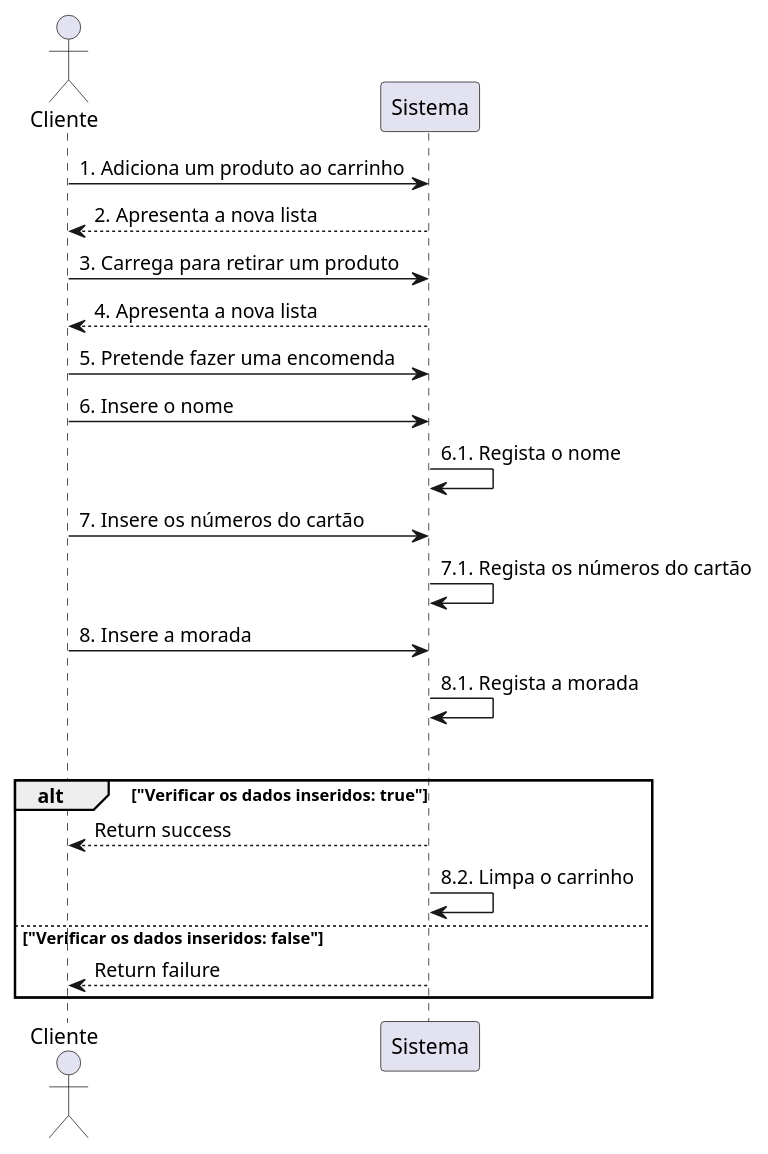
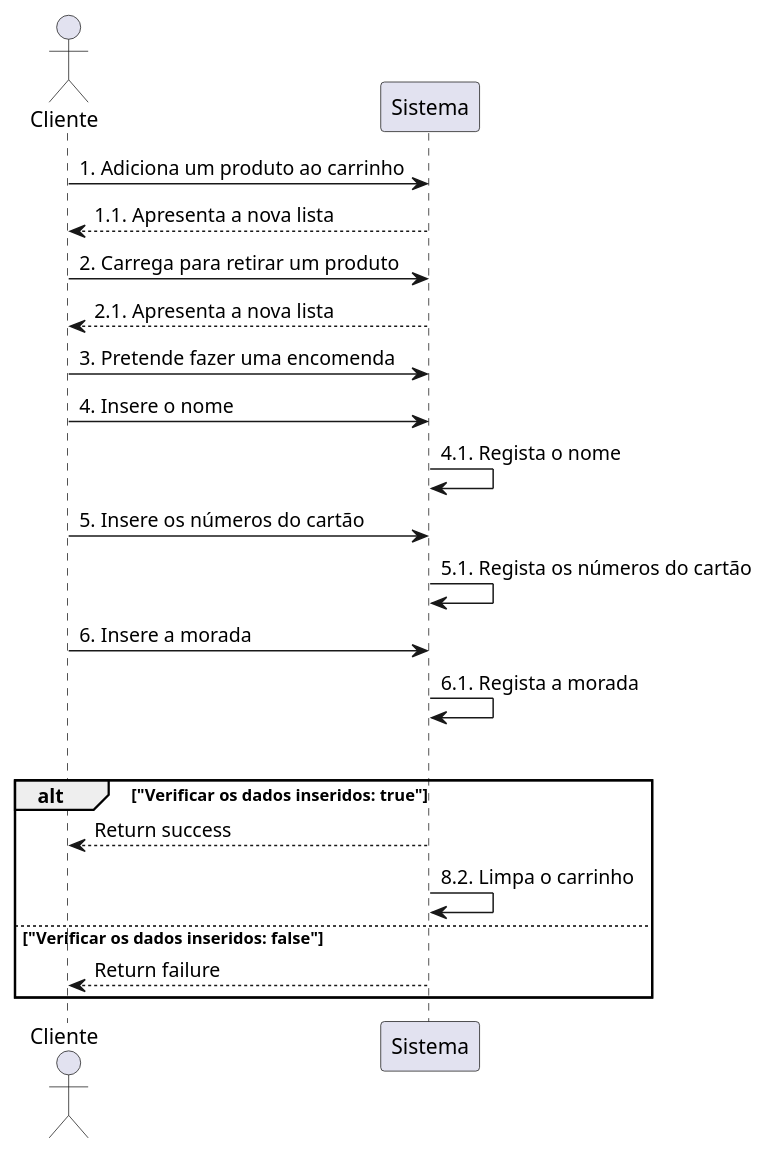
Before and after one commit to Fernandowgp/fsoft2024_1DC_3: the diagram in FirstProject/UC Clientes/UC3-Cliente-CarrinhoEncomendaUML.puml, drawn with PlantUML. The commit also changed 5 other files, not shown here.

```diff
--- a/FirstProject/UC Clientes/UC3-Cliente-CarrinhoEncomendaUML.puml
+++ b/FirstProject/UC Clientes/UC3-Cliente-CarrinhoEncomendaUML.puml
@@ -1,23 +1,24 @@
 @startuml
 actor Cliente as c
 participant "Sistema" as s
 
 c -> s: 1. Adiciona um produto ao carrinho
-s --> c: 2. Apresenta a nova lista
-c -> s: 3. Carrega para retirar um produto
-s --> c: 4. Apresenta a nova lista
-c -> s: 5. Pretende fazer uma encomenda
-c -> s: 6. Insere o nome
-s -> s: 6.1. Regista o nome
-c -> s: 7. Insere os números do cartão
-s -> s: 7.1. Regista os números do cartão
-c -> s: 8. Insere a morada
-s -> s: 8.1. Regista a morada
+s --> c: 1.1. Apresenta a nova lista
+c -> s: 2. Carrega para retirar um produto
+s --> c: 2.1. Apresenta a nova lista
+c -> s: 3. Pretende fazer uma encomenda
+c -> s: 4. Insere o nome
+s -> s: 4.1. Regista o nome
+c -> s: 5. Insere os números do cartão
+s -> s: 5.1. Regista os números do cartão
+c -> s: 6. Insere a morada
+s -> s: 6.1. Regista a morada
+
 alt
-alt "Verificar os dados inseridos: true"
-  s --> c: Return success
-  s -> s: 8.2. Limpa o carrinho
-else "Verificar os dados inseridos: false"
-  s --> c: Return failure
+    alt "Verificar os dados inseridos: true"
+      s --> c: Return success
+      s -> s: 8.2. Limpa o carrinho
+    else "Verificar os dados inseridos: false"
+      s --> c: Return failure
 end
 @enduml
```
